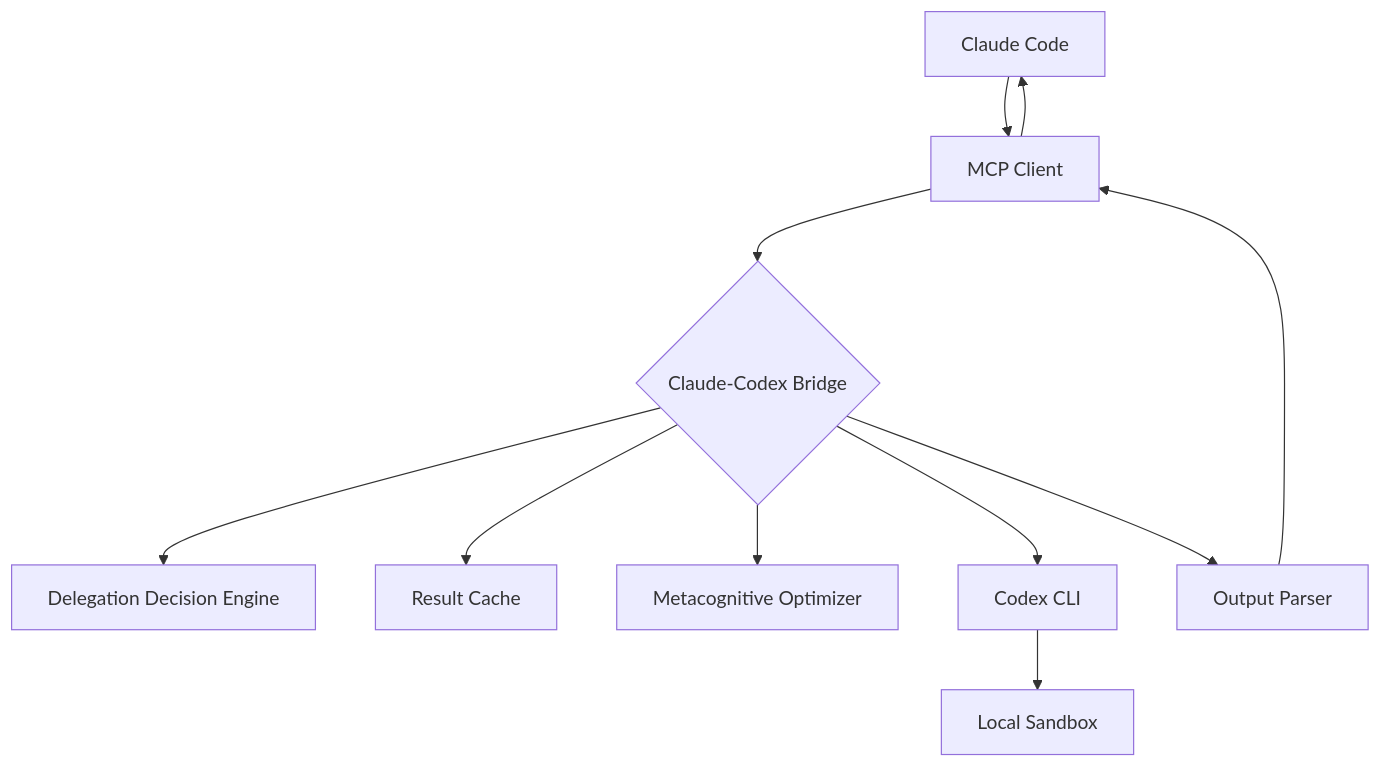
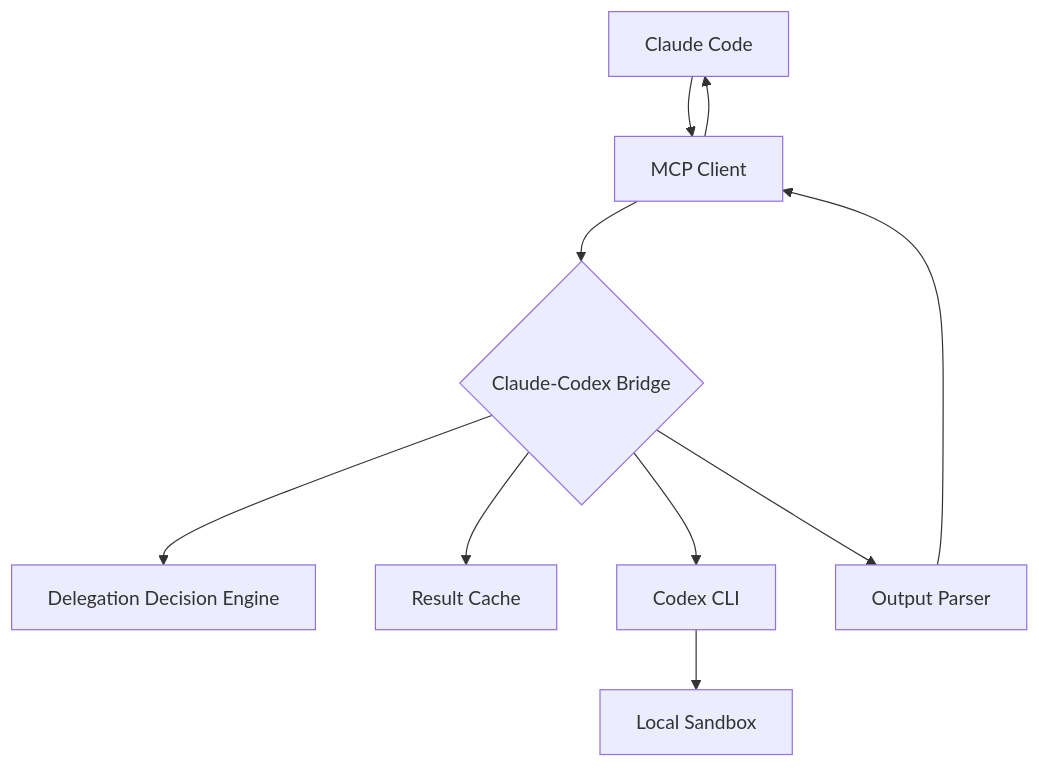
One commit to xiaocang/claude-codex-bridge changed the diagram in README.md. Above: the diagram before and after it, drawn with Mermaid. The commit also changed other lines of this file, not shown here.

````diff
--- a/README.md
+++ b/README.md
@@ -33,16 +32,15 @@
 ```mermaid
 graph TD
     A[Claude Code] --> B[MCP Client]
     B --> C{Claude-Codex Bridge}
 
     C --> D[Delegation Decision Engine]
     C --> E[Result Cache]
-    C --> F[Metacognitive Optimizer]
 
     C --> G[Codex CLI]
     G --> H[Local Sandbox]
 
     C --> I[Output Parser]
     I --> B
     B --> A
 ```
````
